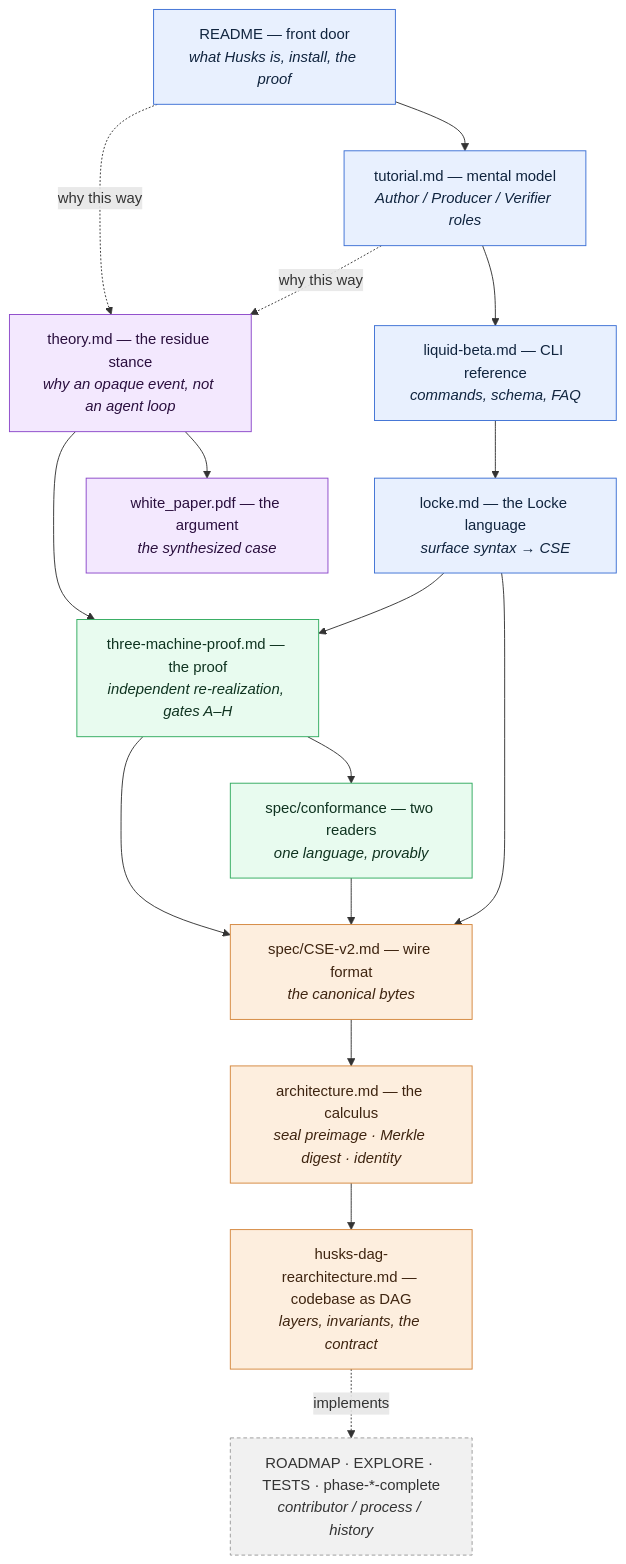
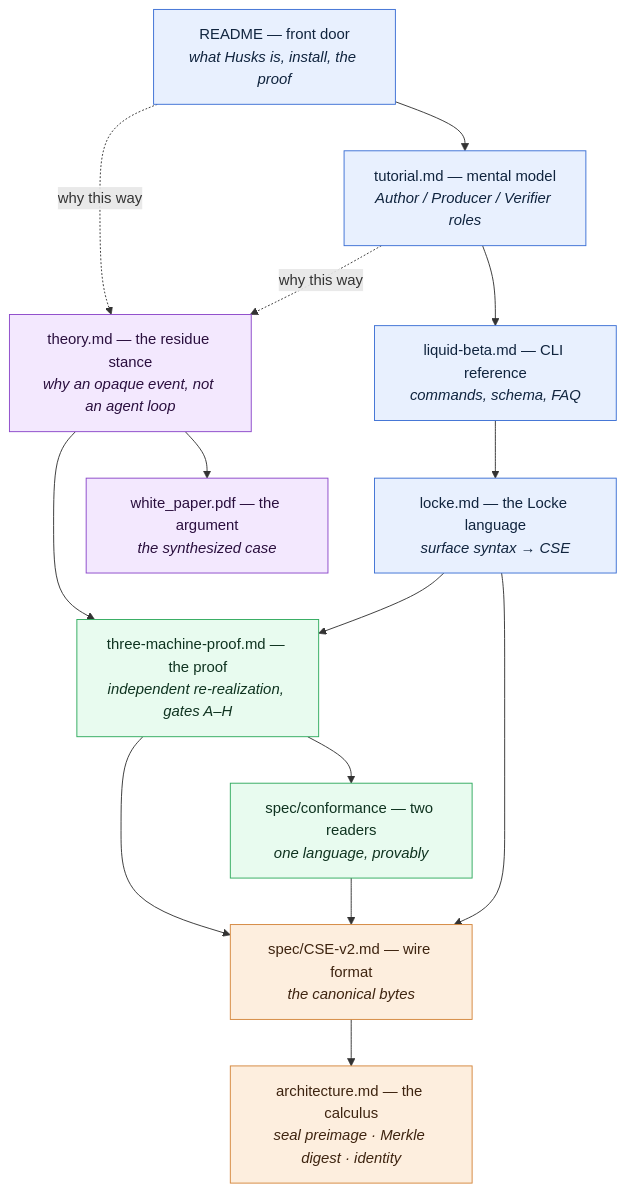
One commit to rz4/Husks changed the diagram in docs/README.md. Above: the diagram before and after it, drawn with Mermaid. The commit also changed other lines of this file and 11 other files, not shown here.

````diff
--- a/docs/README.md
+++ b/docs/README.md
@@ -27,39 +27,33 @@
 ```mermaid
 flowchart TD
     classDef surface fill:#e8f0fe,stroke:#3b6fd4,color:#10243e;
     classDef philos  fill:#f3e8fe,stroke:#8b46c9,color:#2a0f3e;
     classDef science fill:#e8fbef,stroke:#2faa5d,color:#0f3320;
     classDef formal  fill:#fdeede,stroke:#d4863b,color:#3e2410;
-    classDef meta    fill:#f1f1f1,stroke:#999,color:#333,stroke-dasharray:4 3;
 
     FRONT["README — front door<br/><i>what Husks is, install, the proof</i>"]:::surface
     TUT["tutorial.md — mental model<br/><i>Author / Producer / Verifier roles</i>"]:::surface
     CLI["liquid-beta.md — CLI reference<br/><i>commands, schema, FAQ</i>"]:::surface
     LOCKE["locke.md — the Locke language<br/><i>surface syntax → CSE</i>"]:::surface
 
     STANCE["theory.md — the residue stance<br/><i>why an opaque event, not an agent loop</i>"]:::philos
     WP["white_paper.pdf — the argument<br/><i>the synthesized case</i>"]:::philos
 
     PROOF["three-machine-proof.md — the proof<br/><i>independent re-realization, gates A–H</i>"]:::science
     CONF["spec/conformance — two readers<br/><i>one language, provably</i>"]:::science
 
     CSE["spec/CSE-v2.md — wire format<br/><i>the canonical bytes</i>"]:::formal
     SEAL["architecture.md — the calculus<br/><i>seal preimage · Merkle digest · identity</i>"]:::formal
-    DAG["husks-dag-rearchitecture.md — codebase as DAG<br/><i>layers, invariants, the contract</i>"]:::formal
-
-    META["ROADMAP · EXPLORE · TESTS · phase-*-complete<br/><i>contributor / process / history</i>"]:::meta
 
     FRONT --> TUT --> CLI --> LOCKE
     FRONT -. "why this way" .-> STANCE
     TUT  -. "why this way" .-> STANCE
     STANCE --> WP
     STANCE --> PROOF
     LOCKE --> PROOF
     PROOF --> CONF
     PROOF --> CSE
     CONF  --> CSE
     LOCKE --> CSE
     CSE --> SEAL
-    SEAL --> DAG
-    DAG -. "implements" .-> META
 ```
````
